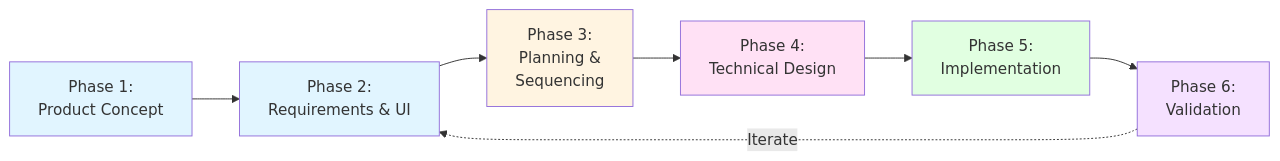
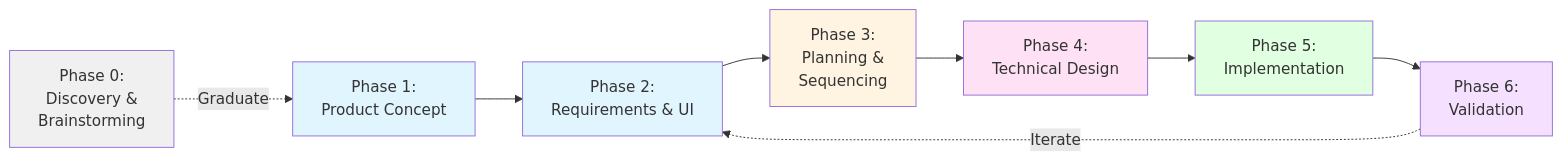
The diagram in process/feature-development-workflow.md (rmorison/engineering-standards), drawn with Mermaid before and after one commit. The commit also changed other lines of this file and 1 other file, not shown here.

First line of the commit message:
Add Phase 0: Discovery & Brainstorming to feature development workflow (#12)

````diff
--- a/process/feature-development-workflow.md
+++ b/process/feature-development-workflow.md
@@ -13,16 +13,18 @@
 ```mermaid
 flowchart LR
+    Z[Phase 0:<br/>Discovery &<br/>Brainstorming] -.->|Graduate| A
     A[Phase 1:<br/>Product Concept] --> B[Phase 2:<br/>Requirements & UI]
     B --> C[Phase 3:<br/>Planning &<br/>Sequencing]
     C --> D[Phase 4:<br/>Technical Design]
     D --> E[Phase 5:<br/>Implementation]
     E --> F[Phase 6:<br/>Validation]
     F -.->|Iterate| B
 
+    style Z fill:#f0f0f0
     style A fill:#e1f5ff
     style B fill:#e1f5ff
     style C fill:#fff4e1
     style D fill:#ffe1f5
     style E fill:#e1ffe1
     style F fill:#f5e1ff
 ```
````
